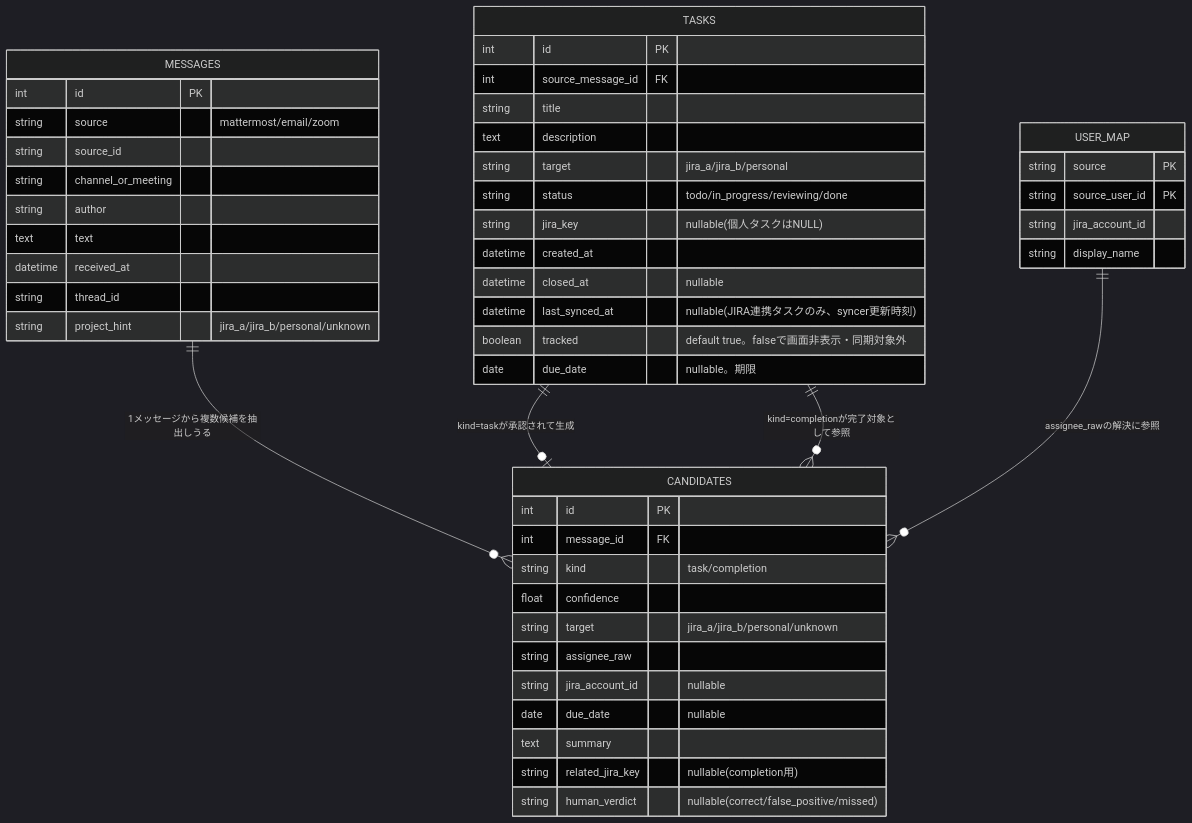
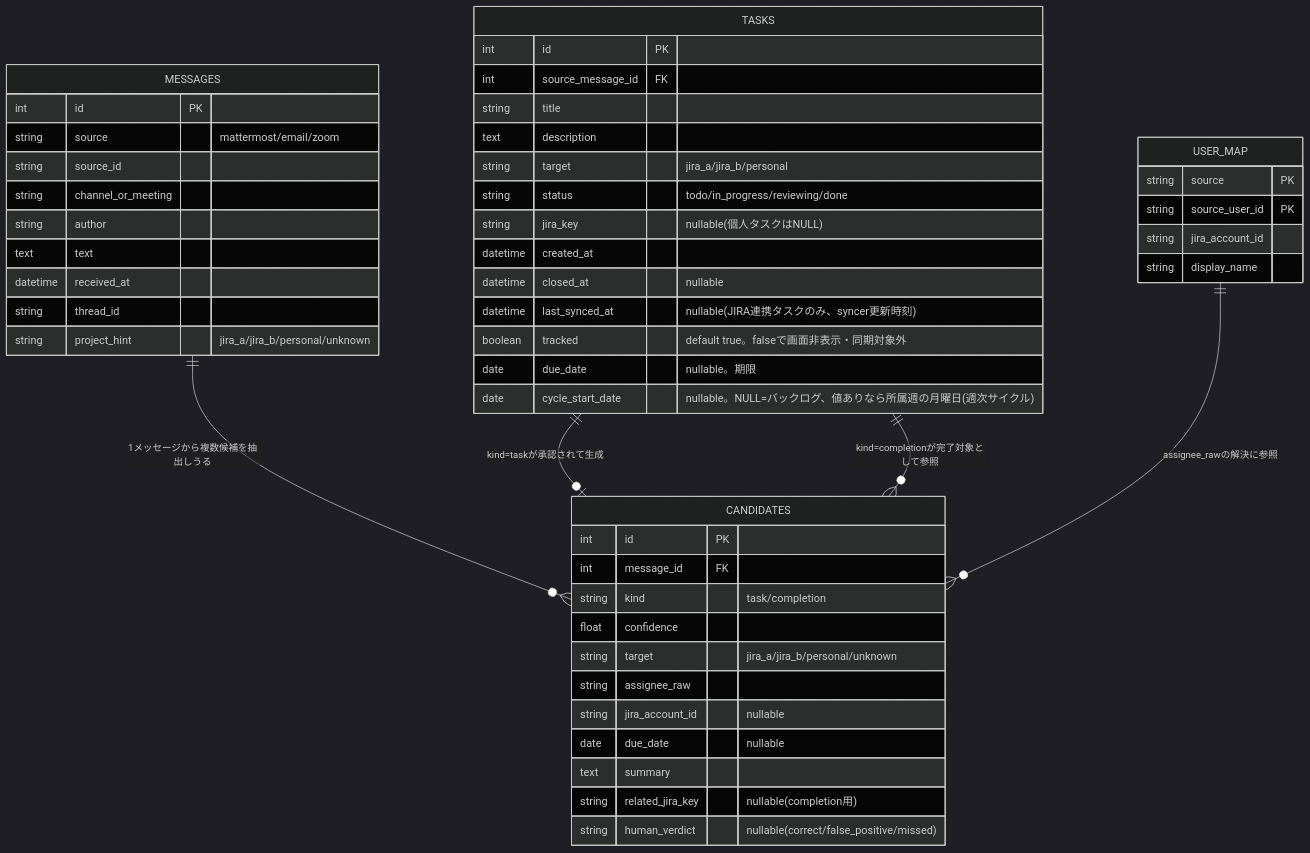
Before and after one commit to s-ono-123456/taskmanager: the diagram in docs/design/data-model.md, drawn with Mermaid (dark theme). The commit also changed other lines of this file and 18 other files, not shown here.

````diff
--- a/docs/design/data-model.md
+++ b/docs/design/data-model.md
@@ -19,55 +19,56 @@
 ```mermaid
 erDiagram
     MESSAGES ||--o{ CANDIDATES : "1メッセージから複数候補を抽出しうる"
     TASKS ||--o| CANDIDATES : "kind=taskが承認されて生成"
     TASKS ||--o{ CANDIDATES : "kind=completionが完了対象として参照"
     USER_MAP ||--o{ CANDIDATES : "assignee_rawの解決に参照"
 
     MESSAGES {
         int id PK
         string source "mattermost/email/zoom"
         string source_id
         string channel_or_meeting
         string author
         text text
         datetime received_at
         string thread_id
         string project_hint "jira_a/jira_b/personal/unknown"
     }
 
     CANDIDATES {
         int id PK
         int message_id FK
         string kind "task/completion"
         float confidence
         string target "jira_a/jira_b/personal/unknown"
         string assignee_raw
         string jira_account_id "nullable"
         date due_date "nullable"
         text summary
         string related_jira_key "nullable(completion用)"
         string human_verdict "nullable(correct/false_positive/missed)"
     }
 
     TASKS {
         int id PK
         int source_message_id FK
         string title
         text description
         string target "jira_a/jira_b/personal"
         string status "todo/in_progress/reviewing/done"
         string jira_key "nullable(個人タスクはNULL)"
         datetime created_at
         datetime closed_at "nullable"
         datetime last_synced_at "nullable(JIRA連携タスクのみ、syncer更新時刻)"
         boolean tracked "default true。falseで画面非表示・同期対象外"
         date due_date "nullable。期限"
+        date cycle_start_date "nullable。NULL=バックログ、値ありなら所属週の月曜日(週次サイクル)"
     }
 
     USER_MAP {
         string source PK
         string source_user_id PK
         string jira_account_id
         string display_name
     }
 ```
````
